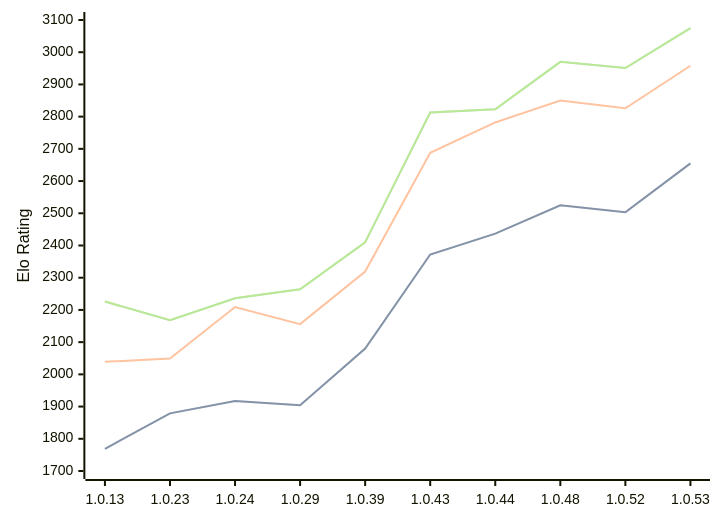
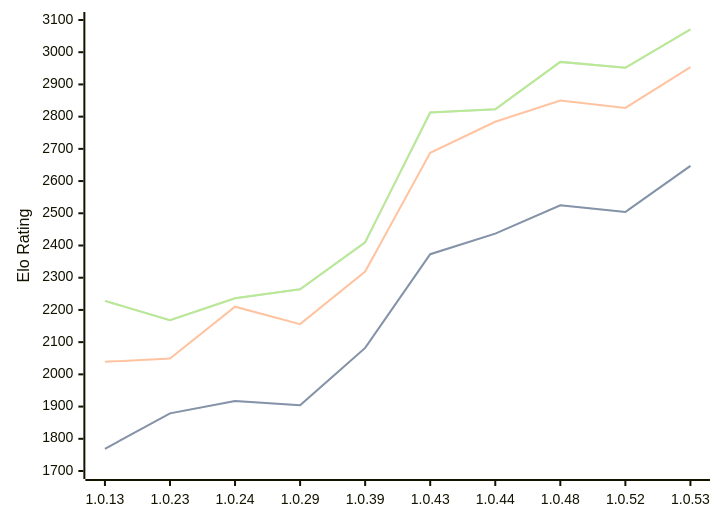
Before and after one commit to computer-chess-index/cci: the diagram in engines/RustyRival.md, drawn with Mermaid. The commit also changed other lines of this file, not shown here.

Commit message:
Update CCI Ratings (ELO VLTC) - 2026-08-23

````diff
--- a/engines/RustyRival.md
+++ b/engines/RustyRival.md
@@ -54,11 +54,11 @@
 ```mermaid
 %%{init: {"theme":"base","themeVariables":{"seriesColors:['#a3a3a3','#222221','#faa371']}}}%%
 xychart-beta
   x-axis ["1.0.13", "1.0.23", "1.0.24", "1.0.29", "1.0.39", "1.0.43", "1.0.44", "1.0.48", "1.0.52", "1.0.53"]
   y-axis "Elo Rating" 1700 --> 3100
-  line "STC (8.0+0.08s)" [1769, 1879, 1917, 1904, 2080, 2372, 2437, 2525, 2503, 2655]
-  line "STC (8.0+0.08s)" [1769, 1879, 1917, 1904, 2080, 2372, 2437, 2525, 2503, 2655]
-  line "LTC (60.0+0.60s)" [2039, 2049, 2209, 2156, 2319, 2688, 2782, 2850, 2826, 2958]
-  line "VLTC (2m24s+1.12s)" [2226, 2168, 2236, 2264, 2410, 2813, 2823, 2970, 2951, 3075]
-  line "VLTC (2m24s+1.12s)" [2226, 2168, 2236, 2264, 2410, 2813, 2823, 2970, 2951, 3075]
+  line "STC (8.0+0.08s)" [1769, 1879, 1917, 1904, 2082, 2373, 2437, 2525, 2504, 2647]
+  line "STC (8.0+0.08s)" [1769, 1879, 1917, 1904, 2082, 2373, 2437, 2525, 2504, 2647]
+  line "LTC (60.0+0.60s)" [2039, 2049, 2210, 2156, 2319, 2688, 2784, 2850, 2827, 2954]
+  line "VLTC (2m24s+1.12s)" [2228, 2168, 2236, 2264, 2410, 2813, 2823, 2970, 2952, 3071]
+  line "VLTC (2m24s+1.12s)" [2228, 2168, 2236, 2264, 2410, 2813, 2823, 2970, 2952, 3071]
 ```
````
